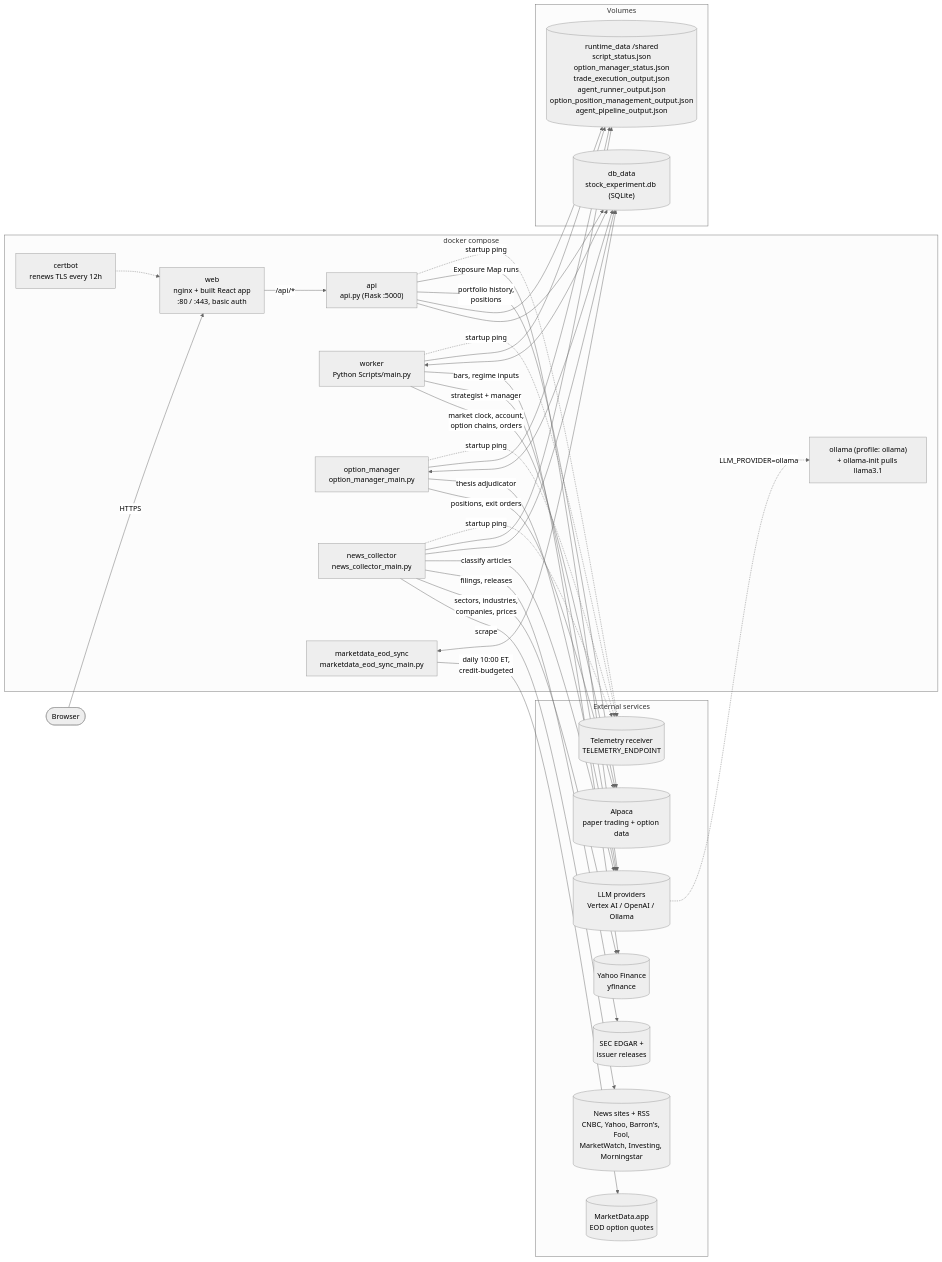
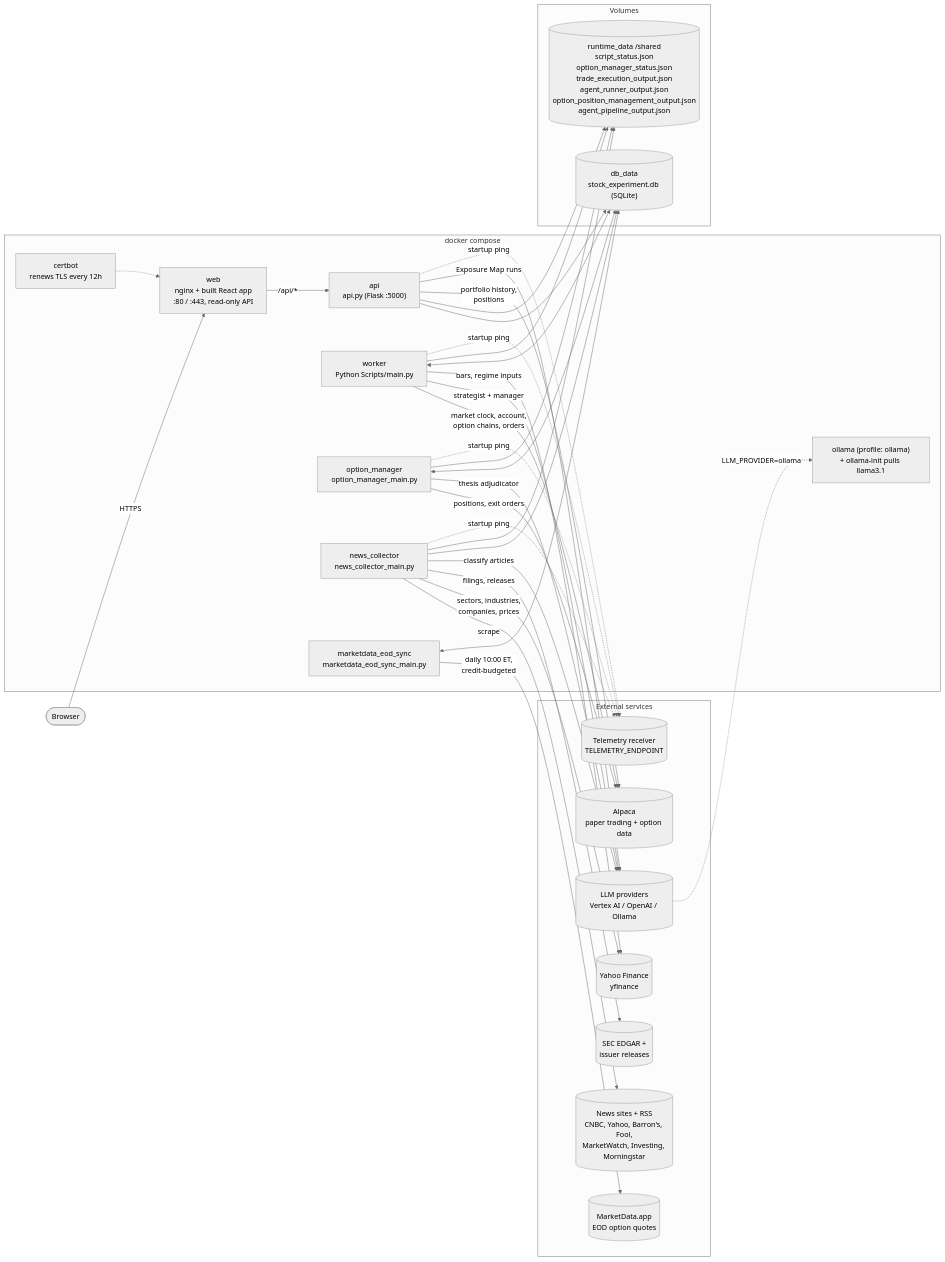
Before and after one commit to GeorgeStatho/agentic-trading-research: the first of 11 diagrams in docs/SYSTEM_DIAGRAM.md, drawn with Mermaid (neutral theme). The commit also changed 6 other files, not shown here.

````diff
--- a/docs/SYSTEM_DIAGRAM.md
+++ b/docs/SYSTEM_DIAGRAM.md
@@ -27,63 +27,63 @@
 ```mermaid
 flowchart LR
     user(["Browser"])
 
     subgraph ext["External services"]
         alpaca[("Alpaca<br/>paper trading + option data")]
         llm[("LLM providers<br/>Vertex AI / OpenAI / Ollama")]
         yf[("Yahoo Finance<br/>yfinance")]
         web[("News sites + RSS<br/>CNBC, Yahoo, Barron's, Fool,<br/>MarketWatch, Investing, Morningstar")]
         sec[("SEC EDGAR +<br/>issuer releases")]
         mdapp[("MarketData.app<br/>EOD option quotes")]
         tele[("Telemetry receiver<br/>TELEMETRY_ENDPOINT")]
     end
 
     subgraph compose["docker compose"]
-        nginx["web<br/>nginx + built React app<br/>:80 / :443, basic auth"]
+        nginx["web<br/>nginx + built React app<br/>:80 / :443, read-only API"]
         certbot["certbot<br/>renews TLS every 12h"]
         api["api<br/>api.py (Flask :5000)"]
         worker["worker<br/>Python Scripts/main.py"]
         optmgr["option_manager<br/>option_manager_main.py"]
         news["news_collector<br/>news_collector_main.py"]
         eod["marketdata_eod_sync<br/>marketdata_eod_sync_main.py"]
         ollama["ollama (profile: ollama)<br/>+ ollama-init pulls llama3.1"]
     end
 
     subgraph vols["Volumes"]
         db[("db_data<br/>stock_experiment.db (SQLite)")]
         shared[("runtime_data /shared<br/>script_status.json<br/>option_manager_status.json<br/>trade_execution_output.json<br/>agent_runner_output.json<br/>option_position_management_output.json<br/>agent_pipeline_output.json")]
     end
 
     user -->|HTTPS| nginx
     nginx -->|/api/*| api
     certbot -.-> nginx
 
     news -->|scrape| web
     news -->|sectors, industries,<br/>companies, prices| yf
     news -->|filings, releases| sec
     news -->|classify articles| llm
     news --> db
     news --> shared
 
     worker -->|market clock, account,<br/>option chains, orders| alpaca
     worker -->|strategist + manager| llm
     worker -->|bars, regime inputs| yf
     worker <--> db
     worker --> shared
 
     optmgr -->|positions, exit orders| alpaca
     optmgr -->|thesis adjudicator| llm
     optmgr <--> db
     optmgr --> shared
 
     eod -->|daily 10:00 ET,<br/>credit-budgeted| mdapp
     eod <--> db
 
     api --> db
     api --> shared
     api -->|portfolio history,<br/>positions| alpaca
     api -->|Exposure Map runs| llm
 
     worker & optmgr & news & api -.->|startup ping| tele
     llm -.->|LLM_PROVIDER=ollama| ollama
 ```
````
